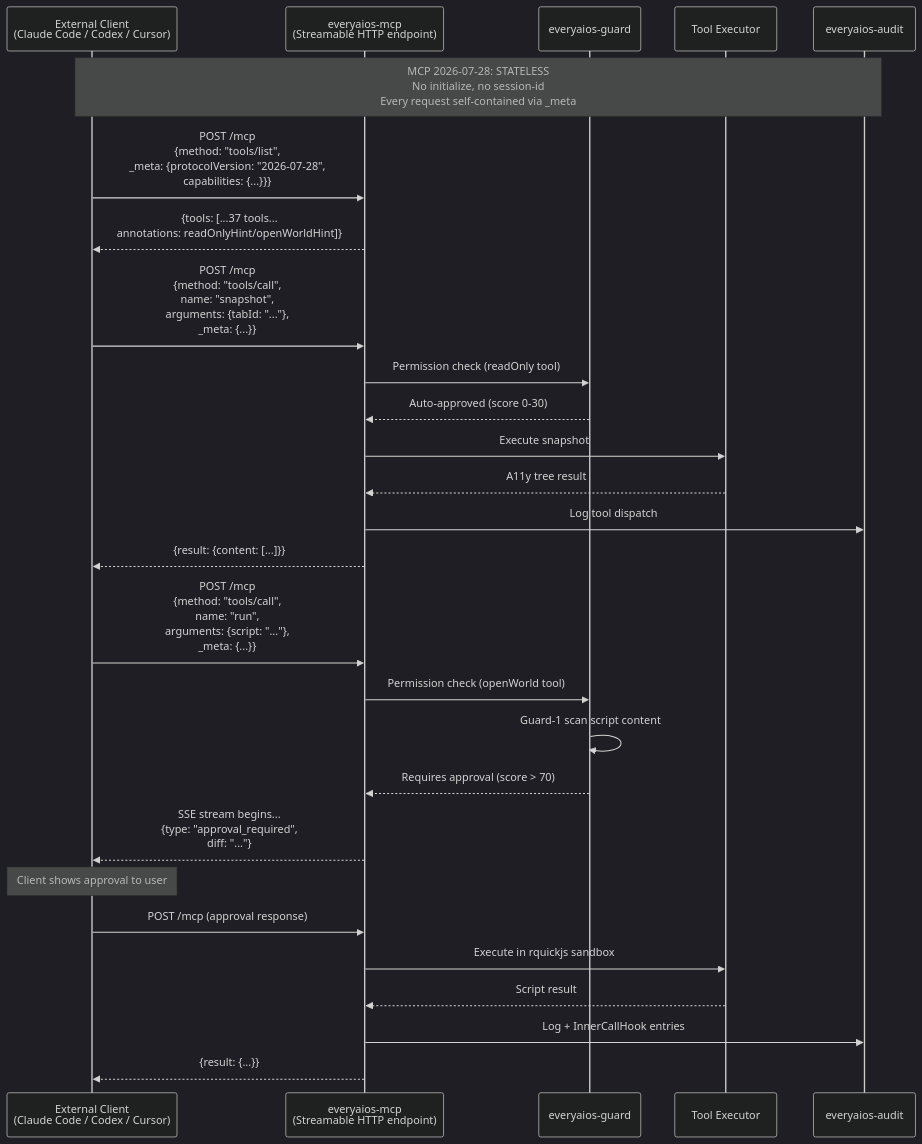
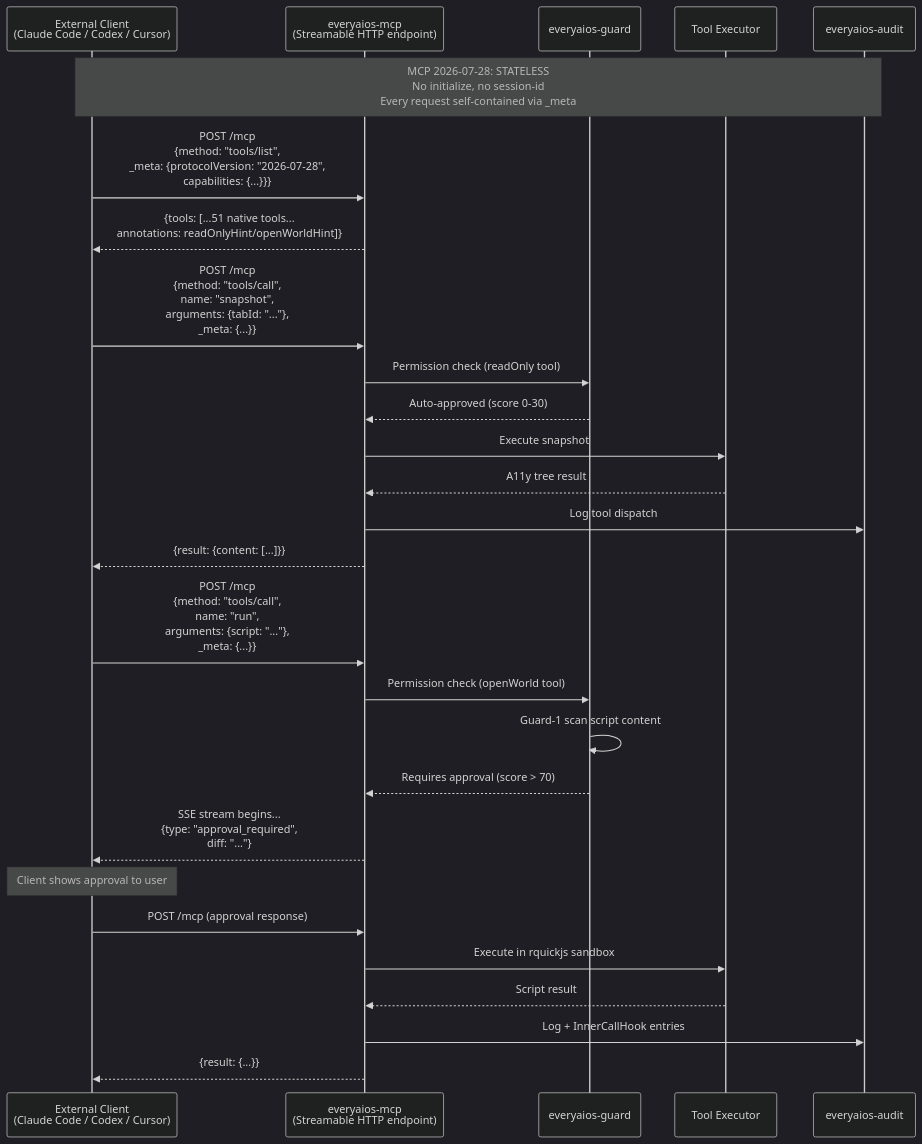
One commit to sarv-projects/EveryAIOS changed diagram 18 of 27 in ARCH/DIAGRAMS.md. Above: the diagram before and after it, drawn with Mermaid (dark theme). The commit also changed other lines of this file and 35 other files, not shown here.

````diff
--- a/ARCH/DIAGRAMS.md
+++ b/ARCH/DIAGRAMS.md
@@ -693,33 +693,33 @@
 ```mermaid
 sequenceDiagram
     participant Client as External Client<br/>(Claude Code / Codex / Cursor)
     participant MCP as everyaios-mcp<br/>(Streamable HTTP endpoint)
     participant Guard as everyaios-guard
     participant Tools as Tool Executor
     participant Audit as everyaios-audit
 
     Note over Client,Audit: MCP 2026-07-28: STATELESS<br/>No initialize, no session-id<br/>Every request self-contained via _meta
 
     Client->>MCP: POST /mcp<br/>{method: "tools/list",<br/>_meta: {protocolVersion: "2026-07-28",<br/>capabilities: {...}}}
-    MCP-->>Client: {tools: [...37 tools...<br/>annotations: readOnlyHint/openWorldHint]}
+    MCP-->>Client: {tools: [...51 native tools...<br/>annotations: readOnlyHint/openWorldHint]}
 
     Client->>MCP: POST /mcp<br/>{method: "tools/call",<br/>name: "snapshot",<br/>arguments: {tabId: "..."},<br/>_meta: {...}}
     MCP->>Guard: Permission check (readOnly tool)
     Guard-->>MCP: Auto-approved (score 0-30)
     MCP->>Tools: Execute snapshot
     Tools-->>MCP: A11y tree result
     MCP->>Audit: Log tool dispatch
     MCP-->>Client: {result: {content: [...]}}
 
     Client->>MCP: POST /mcp<br/>{method: "tools/call",<br/>name: "run",<br/>arguments: {script: "..."},<br/>_meta: {...}}
     MCP->>Guard: Permission check (openWorld tool)
     Guard->>Guard: Guard-1 scan script content
     Guard-->>MCP: Requires approval (score > 70)
     MCP-->>Client: SSE stream begins...<br/>{type: "approval_required",<br/>diff: "..."}
     Note over Client: Client shows approval to user
     Client->>MCP: POST /mcp (approval response)
     MCP->>Tools: Execute in rquickjs sandbox
     Tools-->>MCP: Script result
     MCP->>Audit: Log + InnerCallHook entries
     MCP-->>Client: {result: {...}}
 ```
````
